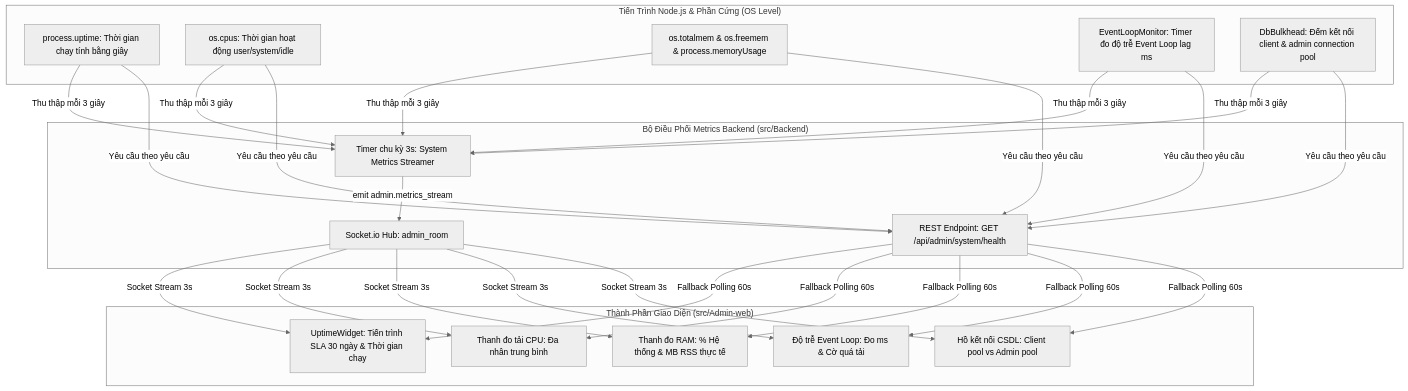
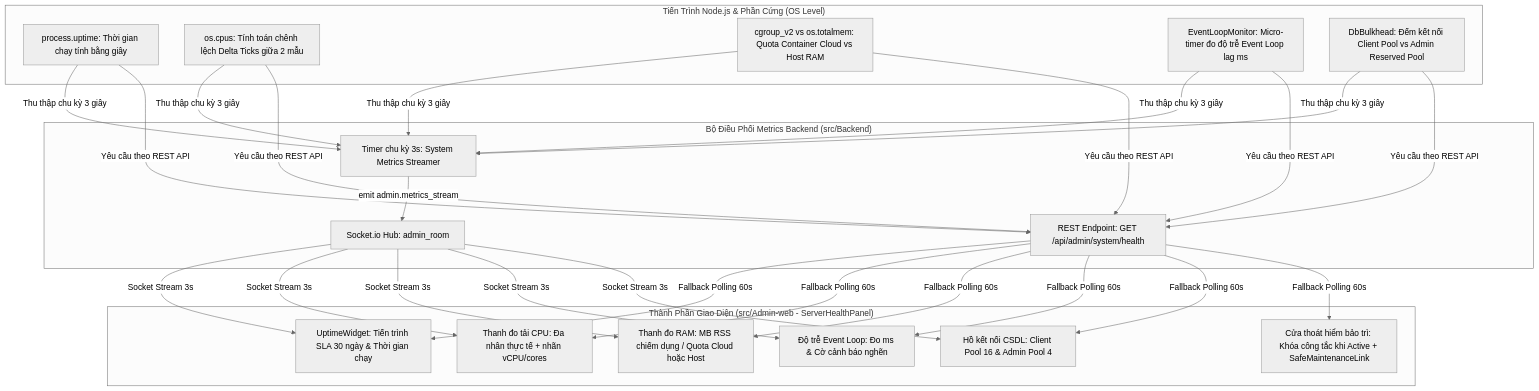
The diagram in docs/Admin-web/03-server-health-and-sla-monitoring.md (NguyenPhuBao/ManagementFinance), drawn with Mermaid (neutral theme) before and after one commit. The commit also changed other lines of this file and 76 other files, not shown here.

````diff
--- a/docs/Admin-web/03-server-health-and-sla-monitoring.md
+++ b/docs/Admin-web/03-server-health-and-sla-monitoring.md
@@ -20,31 +23,32 @@
 ```mermaid
 graph TD
     subgraph "Tiến Trình Node.js & Phần Cứng (OS Level)"
         A1[process.uptime: Thời gian chạy tính bằng giây]
-        A2[os.cpus: Thời gian hoạt động user/system/idle]
-        A3[os.totalmem & os.freemem & process.memoryUsage]
-        A4[EventLoopMonitor: Timer đo độ trễ Event Loop lag ms]
-        A5[DbBulkhead: Đếm kết nối client & admin connection pool]
+        A2[os.cpus: Tính toán chênh lệch Delta Ticks giữa 2 mẫu]
+        A3[cgroup_v2 vs os.totalmem: Quota Container Cloud vs Host RAM]
+        A4[EventLoopMonitor: Micro-timer đo độ trễ Event Loop lag ms]
+        A5[DbBulkhead: Đếm kết nối Client Pool vs Admin Reserved Pool]
     end
 
     subgraph "Bộ Điều Phối Metrics Backend (src/Backend)"
         B1[Timer chu kỳ 3s: System Metrics Streamer]
         B2[REST Endpoint: GET /api/admin/system/health]
         B3[Socket.io Hub: admin_room]
     end
 
-    subgraph "Thành Phần Giao Diện (src/Admin-web)"
+    subgraph "Thành Phần Giao Diện (src/Admin-web - ServerHealthPanel)"
         C1[UptimeWidget: Tiến trình SLA 30 ngày & Thời gian chạy]
-        C2[Thanh đo tải CPU: Đa nhân trung bình]
-        C3[Thanh đo RAM: % Hệ thống & MB RSS thực tế]
-        C4[Độ trễ Event Loop: Đo ms & Cờ quá tải]
-        C5[Hồ kết nối CSDL: Client pool vs Admin pool]
+        C2[Thanh đo tải CPU: Đa nhân thực tế + nhãn vCPU/cores]
+        C3[Thanh đo RAM: MB RSS chiếm dụng / Quota Cloud hoặc Host]
+        C4[Độ trễ Event Loop: Đo ms & Cờ cảnh báo nghẽn]
+        C5[Hồ kết nối CSDL: Client Pool 16 & Admin Pool 4]
+        C6[Cửa thoát hiểm bảo trì: Khóa công tắc khi Active + SafeMaintenanceLink]
     end
 
-    A1 & A2 & A3 & A4 & A5 -->|Thu thập mỗi 3 giây| B1
-    A1 & A2 & A3 & A4 & A5 -->|Yêu cầu theo yêu cầu| B2
+    A1 & A2 & A3 & A4 & A5 -->|Thu thập chu kỳ 3 giây| B1
+    A1 & A2 & A3 & A4 & A5 -->|Yêu cầu theo REST API| B2
     
     B1 -->|emit admin.metrics_stream| B3
     B3 -->|Socket Stream 3s| C1 & C2 & C3 & C4 & C5
-    B2 -->|Fallback Polling 60s| C1 & C2 & C3 & C4 & C5
+    B2 -->|Fallback Polling 60s| C1 & C2 & C3 & C4 & C5 & C6
 ```
````
